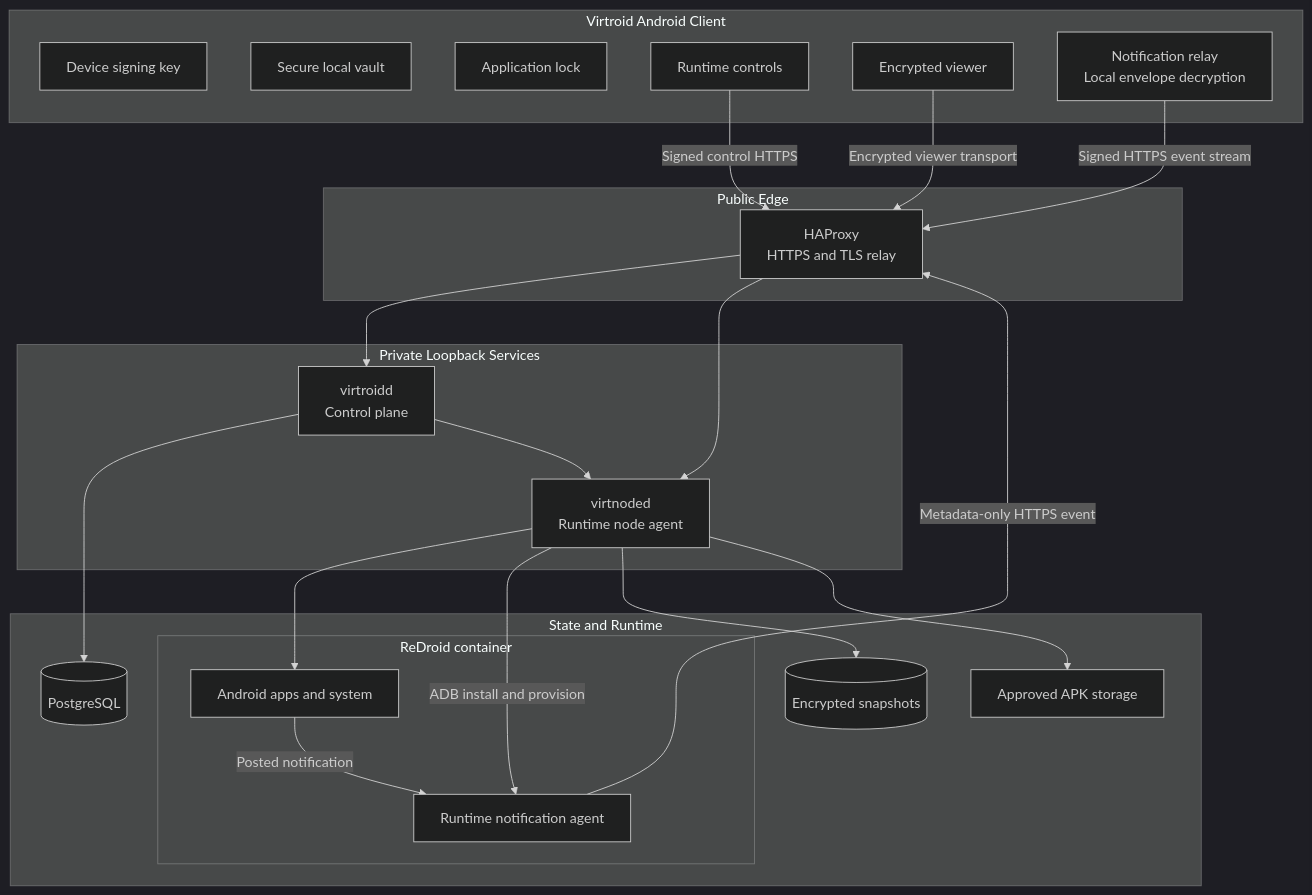
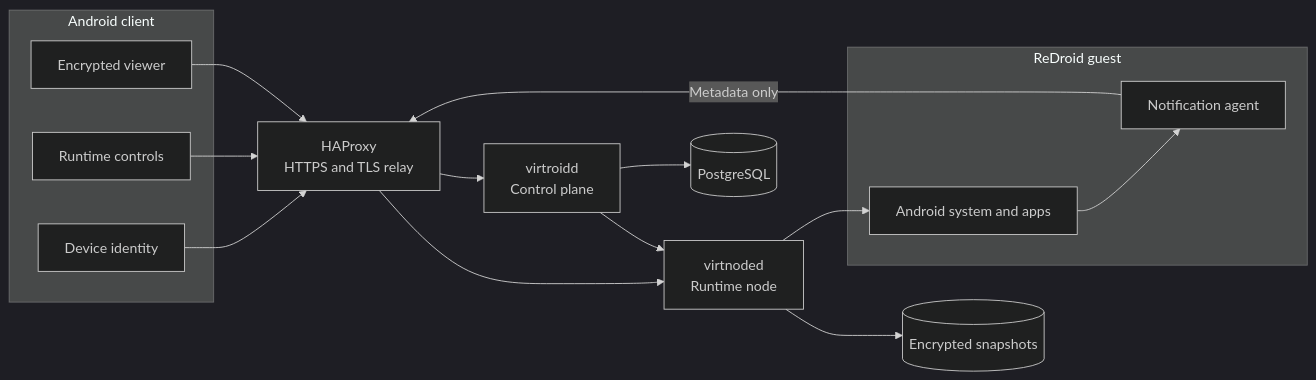
Before and after one commit to mattyperrott/Virtroid: the second of 2 diagrams in README.md, drawn with Mermaid (dark theme). The commit also changed other lines of this file, not shown here.

````diff
--- a/README.md
+++ b/README.md
@@ -270,44 +113,31 @@
 ```mermaid
-flowchart TB
-    subgraph Client["Virtroid Android Client"]
-        CK[Device signing key]
-        CV[Secure local vault]
-        CL[Application lock]
-        CR[Runtime controls]
-        CW[Encrypted viewer]
-        CN[Notification relay<br/>Local envelope decryption]
+flowchart LR
+    subgraph Phone[Android client]
+        ID[Device identity]
+        UI[Runtime controls]
+        VIEW[Encrypted viewer]
     end
 
-    subgraph Edge["Public Edge"]
-        HP[HAProxy<br/>HTTPS and TLS relay]
+    EDGE[HAProxy<br/>HTTPS and TLS relay]
+    CP[virtroidd<br/>Control plane]
+    NODE[virtnoded<br/>Runtime node]
+    DB[(PostgreSQL)]
+    SNAP[(Encrypted snapshots)]
+
+    subgraph Guest[ReDroid guest]
+        ANDROID[Android system and apps]
+        AGENT[Notification agent]
     end
 
-    subgraph Services["Private Loopback Services"]
-        CP[virtroidd<br/>Control plane]
-        NA[virtnoded<br/>Runtime node agent]
-    end
-
-    subgraph Data["State and Runtime"]
-        PG[(PostgreSQL)]
-        subgraph Guest["ReDroid container"]
-            RD[Android apps and system]
-            RA[Runtime notification agent]
-            RD -->|Posted notification| RA
-        end
-        SS[(Encrypted snapshots)]
-        APK[Approved APK storage]
-    end
-
-    CR -->|Signed control HTTPS| HP
-    CW -->|Encrypted viewer transport| HP
-    CN -->|Signed HTTPS event stream| HP
-    HP --> CP
-    HP --> NA
-    CP --> PG
-    CP --> NA
-    NA --> RD
-    NA -->|ADB install and provision| RA
-    RA -->|Metadata-only HTTPS event| HP
-    NA --> SS
-    NA --> APK
+    ID --> EDGE
+    UI --> EDGE
+    VIEW --> EDGE
+    EDGE --> CP
+    EDGE --> NODE
+    CP --> DB
+    CP --> NODE
+    NODE --> ANDROID
+    NODE --> SNAP
+    ANDROID --> AGENT
+    AGENT -->|Metadata only| EDGE
 ```
````
